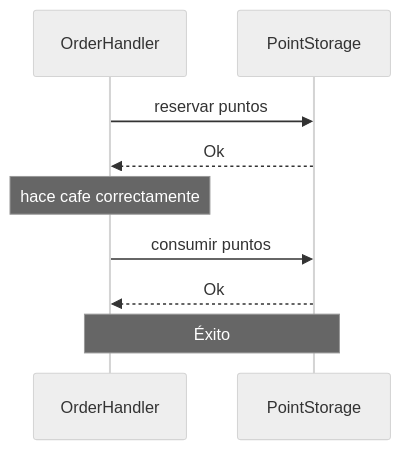
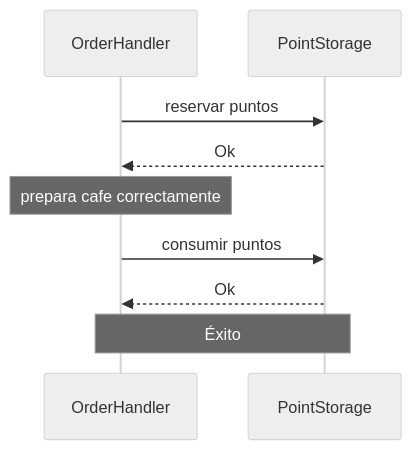
Before and after one commit to FacuMastri/concurrentes-tp2: the third of 11 diagrams in README.md, drawn with Mermaid (neutral theme). The commit also changed other lines of this file, not shown here.

````diff
--- a/README.md
+++ b/README.md
@@ -113,15 +113,15 @@
 ```mermaid
 sequenceDiagram
   participant oh as OrderHandler
   participant ps as PointStorage
 
   oh ->> ps: reservar puntos
   ps -->> oh: Ok
 
-  note over oh: hace cafe correctamente
+  note over oh: prepara cafe correctamente
 
   oh ->> ps: consumir puntos
   ps -->> oh: Ok
 
   note over oh,ps: Éxito
 ```
````
